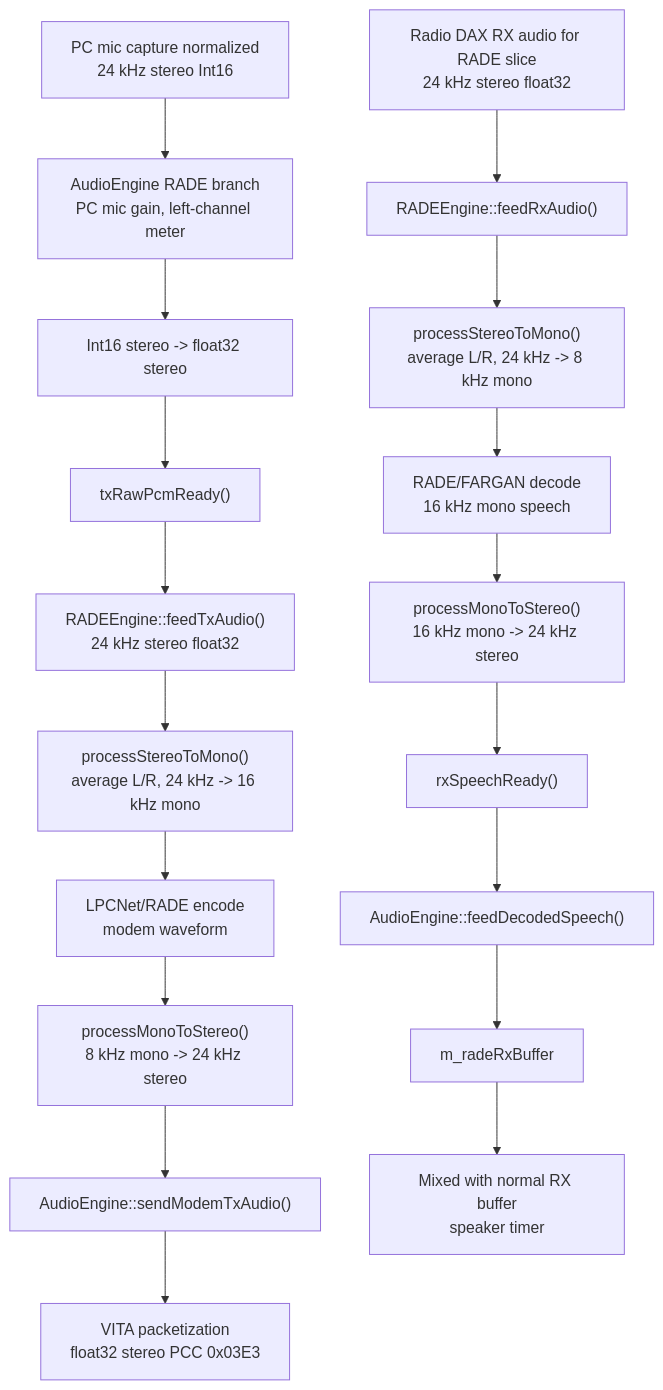
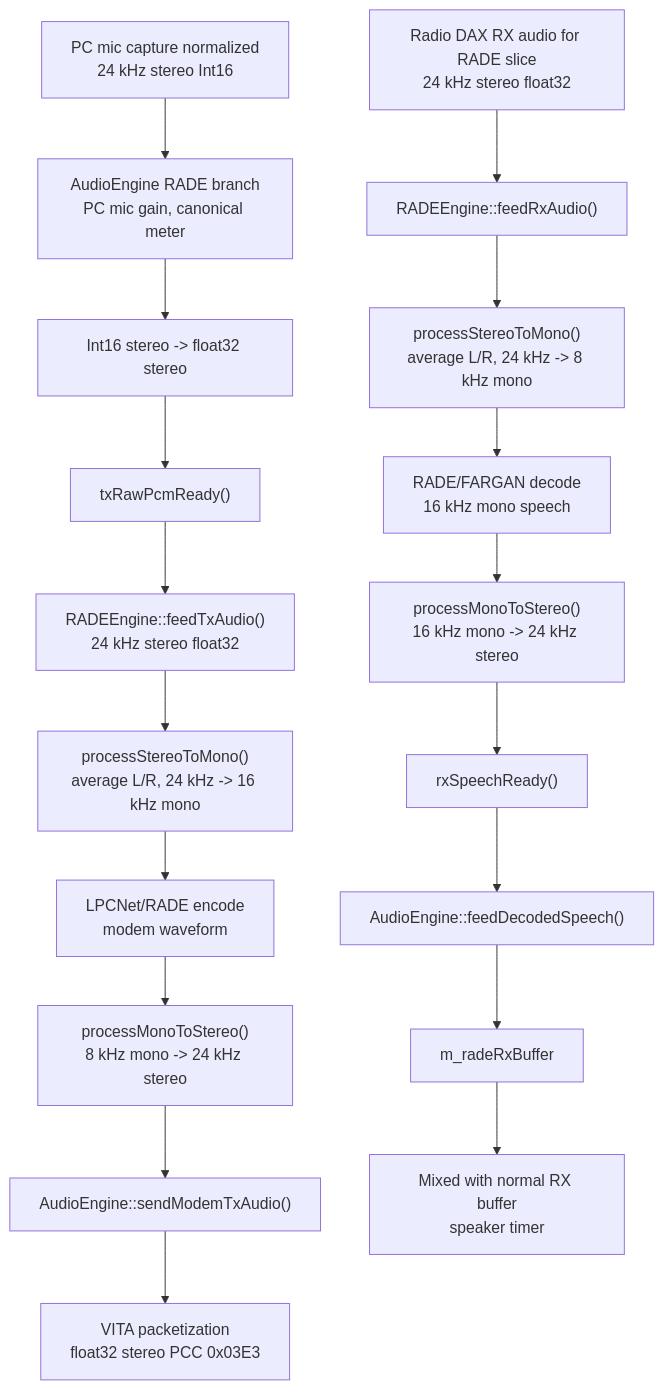
Before and after one commit to loveoz/AetherSDR: the third of 4 diagrams in docs/audio-pipeline.md, drawn with Mermaid. The commit also changed other lines of this file and 6 other files, not shown here.

First line of the commit message:
[core] Fix TX mic stereo channel canonicalization (#2572)

````diff
--- a/docs/audio-pipeline.md
+++ b/docs/audio-pipeline.md
@@ -371,21 +365,21 @@
 ```mermaid
 flowchart TD
-    A["PC mic capture normalized<br/>24 kHz stereo Int16"] --> B["AudioEngine RADE branch<br/>PC mic gain, left-channel meter"]
+    A["PC mic capture normalized<br/>24 kHz stereo Int16"] --> B["AudioEngine RADE branch<br/>PC mic gain, canonical meter"]
     B --> C["Int16 stereo -> float32 stereo"]
     C --> D["txRawPcmReady()"]
     D --> E["RADEEngine::feedTxAudio()<br/>24 kHz stereo float32"]
     E --> F["processStereoToMono()<br/>average L/R, 24 kHz -> 16 kHz mono"]
     F --> G["LPCNet/RADE encode<br/>modem waveform"]
     G --> H["processMonoToStereo()<br/>8 kHz mono -> 24 kHz stereo"]
     H --> I["AudioEngine::sendModemTxAudio()"]
     I --> J["VITA packetization<br/>float32 stereo PCC 0x03E3"]
 
     K["Radio DAX RX audio for RADE slice<br/>24 kHz stereo float32"] --> L["RADEEngine::feedRxAudio()"]
     L --> M["processStereoToMono()<br/>average L/R, 24 kHz -> 8 kHz mono"]
     M --> N["RADE/FARGAN decode<br/>16 kHz mono speech"]
     N --> O["processMonoToStereo()<br/>16 kHz mono -> 24 kHz stereo"]
     O --> P["rxSpeechReady()"]
     P --> Q["AudioEngine::feedDecodedSpeech()"]
     Q --> R["m_radeRxBuffer"]
     R --> S["Mixed with normal RX buffer<br/>speaker timer"]
 ```
````
